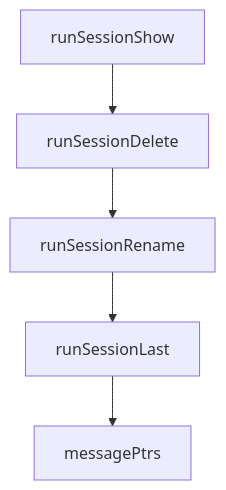
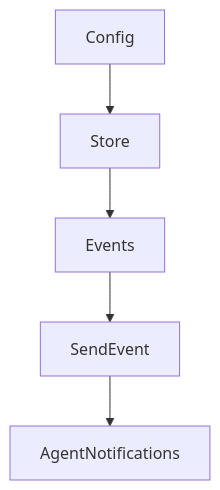
The diagram in tutorials/crush-tutorial/03-providers-and-model-configuration.md (johnxie/awesome-code-docs), drawn with Mermaid before and after one commit. The commit also changed other lines of this file and 1232 other files, not shown here.

````diff
--- a/tutorials/crush-tutorial/03-providers-and-model-configuration.md
+++ b/tutorials/crush-tutorial/03-providers-and-model-configuration.md
@@ -236,12 +234,12 @@
 ```mermaid
 flowchart TD
-    A[runSessionShow]
-    B[runSessionDelete]
-    C[runSessionRename]
-    D[runSessionLast]
-    E[messagePtrs]
+    A[Config]
+    B[Store]
+    C[Events]
+    D[SendEvent]
+    E[AgentNotifications]
     A --> B
     B --> C
     C --> D
     D --> E
 ```
````
